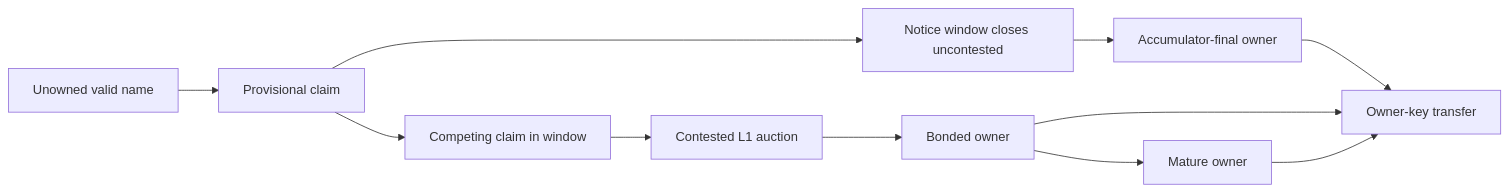
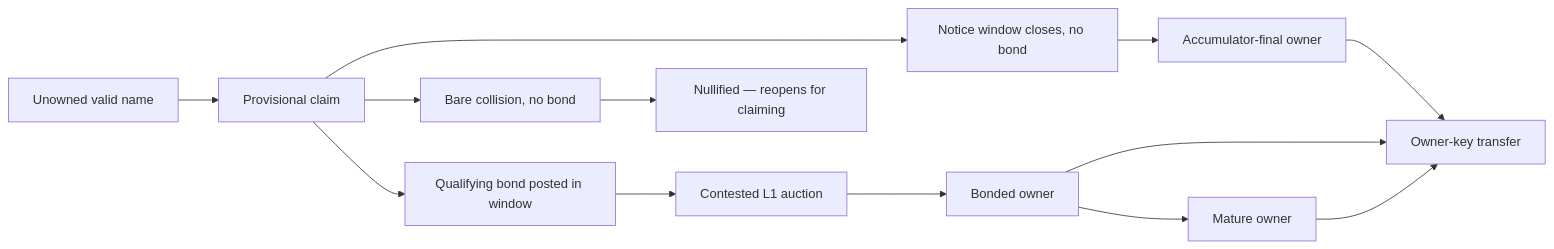
One commit to deekay/ont changed the diagram in docs/launch/ONT_LAUNCH_V1_BRIEF.md. Above: the diagram before and after it, drawn with Mermaid. The commit also changed other lines of this file and 12 other files, not shown here.

````diff
--- a/docs/launch/ONT_LAUNCH_V1_BRIEF.md
+++ b/docs/launch/ONT_LAUNCH_V1_BRIEF.md
@@ -111,13 +111,15 @@
 ```mermaid
 flowchart LR
   A["Unowned valid name"] --> B["Provisional claim"]
-  B --> C["Notice window closes uncontested"]
+  B --> C["Notice window closes, no bond"]
   C --> D["Accumulator-final owner"]
-  B --> E["Competing claim in window"]
+  B --> E["Qualifying bond posted in window"]
   E --> F["Contested L1 auction"]
   F --> G["Bonded owner"]
+  B --> J["Bare collision, no bond"]
+  J --> K["Nullified — reopens for claiming"]
   G --> H["Mature owner"]
   D --> I["Owner-key transfer"]
   G --> I
   H --> I
 ```
````
